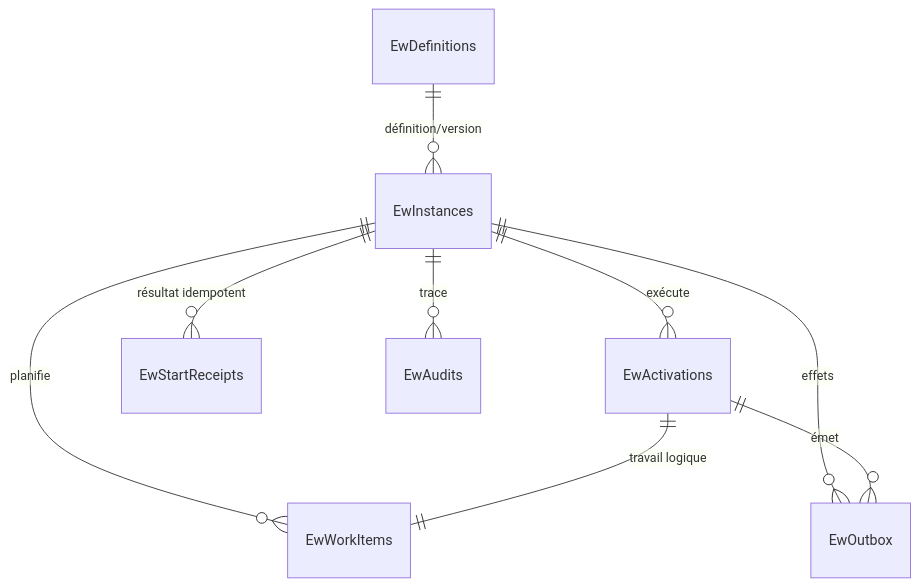
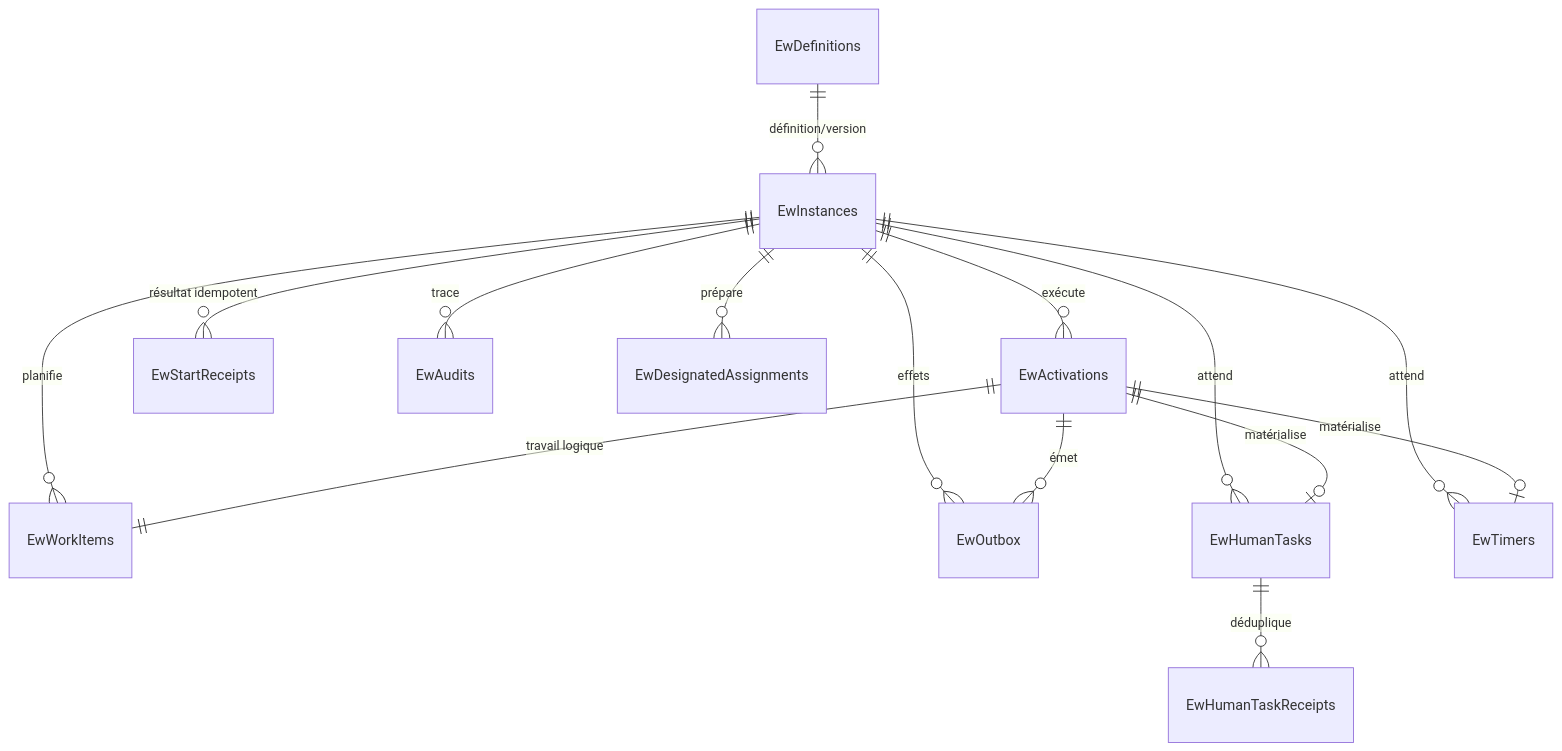
One commit to mbo2olivier/enterprise-workflow changed the diagram in docs/architecture/sqlite-schema.md. Above: the diagram before and after it, drawn with Mermaid. The commit also changed other lines of this file and 56 other files, not shown here.

Commit message:
[lot 6] humanTask and timer nodes

````diff
--- a/docs/architecture/sqlite-schema.md
+++ b/docs/architecture/sqlite-schema.md
@@ -9,11 +9,17 @@
 ```mermaid
 erDiagram
     EwDefinitions ||--o{ EwInstances : "définition/version"
     EwInstances ||--o{ EwActivations : "exécute"
     EwInstances ||--o{ EwWorkItems : "planifie"
     EwActivations ||--|| EwWorkItems : "travail logique"
     EwInstances ||--o{ EwStartReceipts : "résultat idempotent"
     EwInstances ||--o{ EwAudits : "trace"
     EwInstances ||--o{ EwOutbox : "effets"
     EwActivations ||--o{ EwOutbox : "émet"
+    EwInstances ||--o{ EwHumanTasks : "attend"
+    EwActivations ||--o| EwHumanTasks : "matérialise"
+    EwHumanTasks ||--o{ EwHumanTaskReceipts : "déduplique"
+    EwInstances ||--o{ EwTimers : "attend"
+    EwActivations ||--o| EwTimers : "matérialise"
+    EwInstances ||--o{ EwDesignatedAssignments : "prépare"
 ```
````
